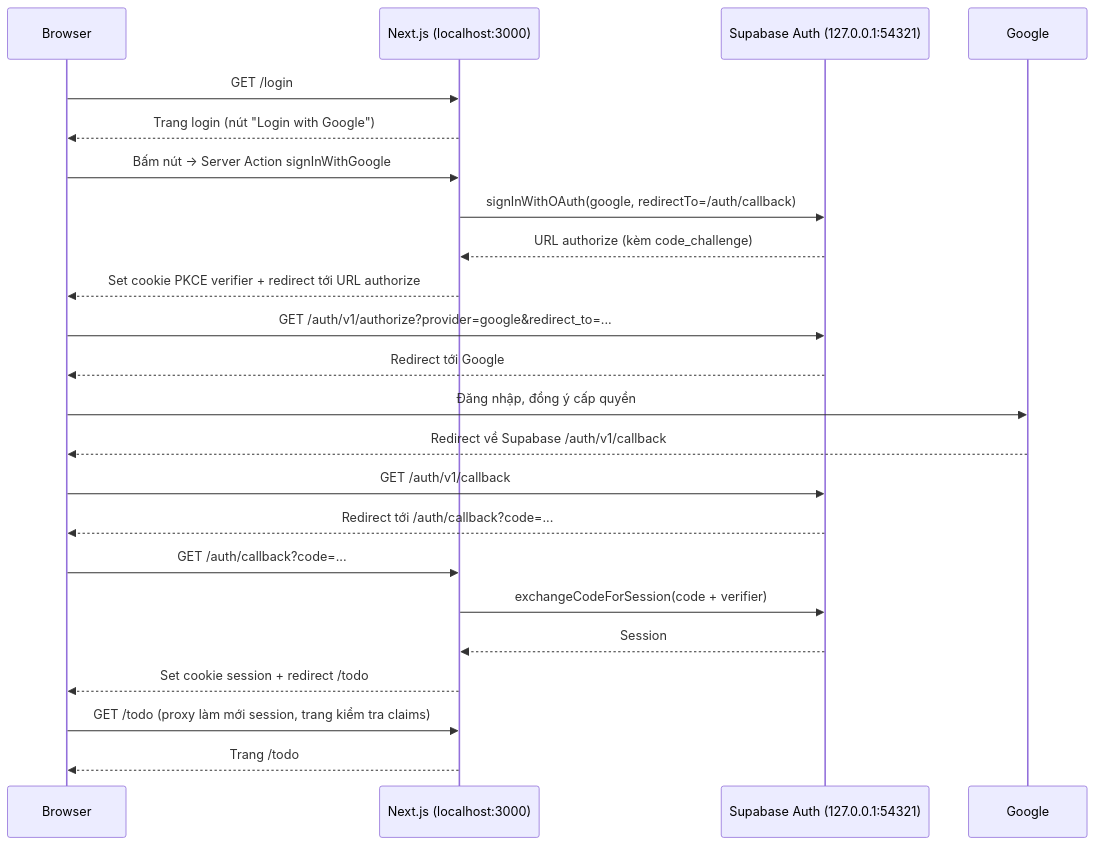
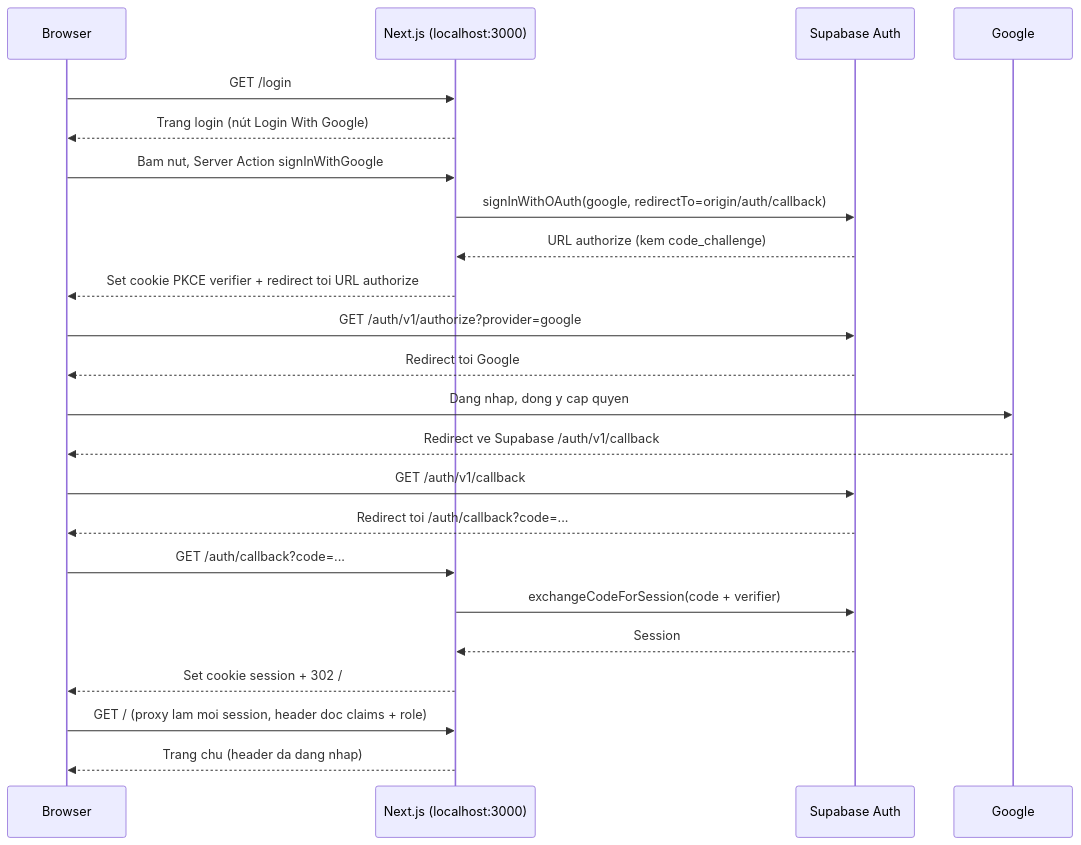
One commit to lannp-3774/agentic-coding-hands-on changed the third of 4 diagrams in docs/system/architecture.md. Above: the diagram before and after it, drawn with Mermaid. The commit also changed other lines of this file and 48 other files, not shown here.

````diff
--- a/docs/system/architecture.md
+++ b/docs/system/architecture.md
@@ -81,26 +173,26 @@
 ```mermaid
 sequenceDiagram
     participant U as Browser
     participant N as Next.js (localhost:3000)
-    participant S as Supabase Auth (127.0.0.1:54321)
+    participant S as Supabase Auth
     participant G as Google
 
     U->>N: GET /login
-    N-->>U: Trang login (nút "Login with Google")
-    U->>N: Bấm nút -> Server Action signInWithGoogle
-    N->>S: signInWithOAuth(google, redirectTo=/auth/callback)
-    S-->>N: URL authorize (kèm code_challenge)
-    N-->>U: Set cookie PKCE verifier + redirect tới URL authorize
-    U->>S: GET /auth/v1/authorize?provider=google&redirect_to=...
-    S-->>U: Redirect tới Google
-    U->>G: Đăng nhập, đồng ý cấp quyền
-    G-->>U: Redirect về Supabase /auth/v1/callback
+    N-->>U: Trang login (nút Login With Google)
+    U->>N: Bam nut, Server Action signInWithGoogle
+    N->>S: signInWithOAuth(google, redirectTo=origin/auth/callback)
+    S-->>N: URL authorize (kem code_challenge)
+    N-->>U: Set cookie PKCE verifier + redirect toi URL authorize
+    U->>S: GET /auth/v1/authorize?provider=google
+    S-->>U: Redirect toi Google
+    U->>G: Dang nhap, dong y cap quyen
+    G-->>U: Redirect ve Supabase /auth/v1/callback
     U->>S: GET /auth/v1/callback
-    S-->>U: Redirect tới /auth/callback?code=...
+    S-->>U: Redirect toi /auth/callback?code=...
     U->>N: GET /auth/callback?code=...
     N->>S: exchangeCodeForSession(code + verifier)
     S-->>N: Session
-    N-->>U: Set cookie session + redirect /todo
-    U->>N: GET /todo (proxy làm mới session, trang kiểm tra claims)
-    N-->>U: Trang /todo
+    N-->>U: Set cookie session + 302 /
+    U->>N: GET / (proxy lam moi session, header doc claims + role)
+    N-->>U: Trang chu (header da dang nhap)
 ```
````
